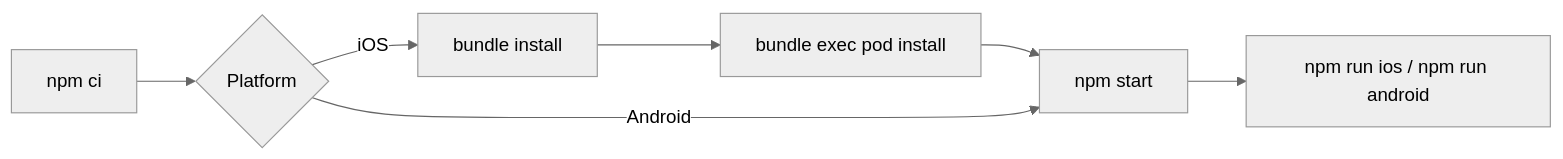
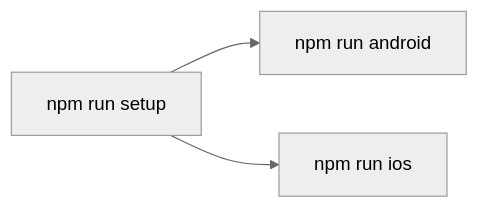
One commit to DAMHONGDUC/private-jet changed the diagram in docs/setup.md. Above: the diagram before and after it, drawn with Mermaid (neutral theme). The commit also changed other lines of this file and 3 other files, not shown here.

````diff
--- a/docs/setup.md
+++ b/docs/setup.md
@@ -29,7 +25,5 @@
 ```mermaid
 flowchart LR
-  A[npm ci] --> B{Platform}
-  B -->|iOS| C[bundle install] --> D[bundle exec pod install] --> E[npm start]
-  B -->|Android| E
-  E --> F[npm run ios / npm run android]
+  A[npm run setup] --> B[npm run android]
+  A --> C[npm run ios]
 ```
````
